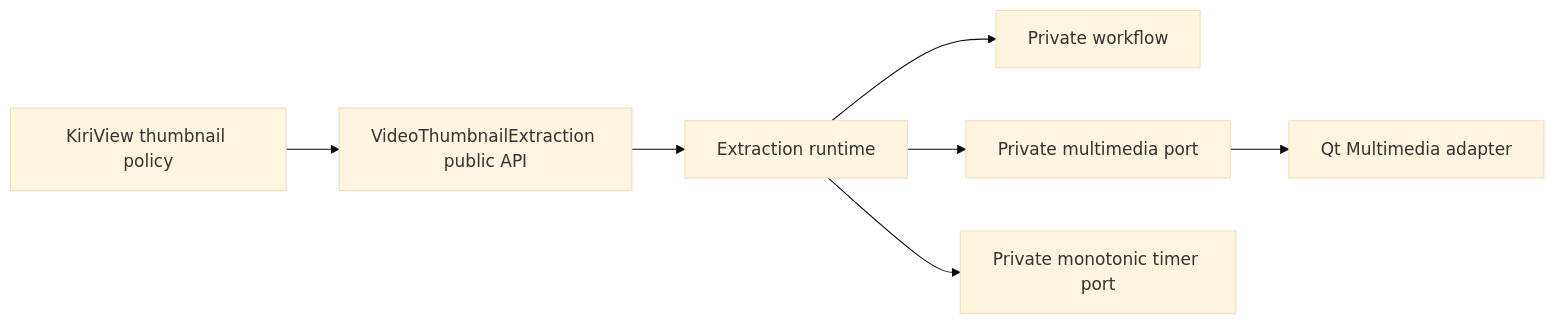
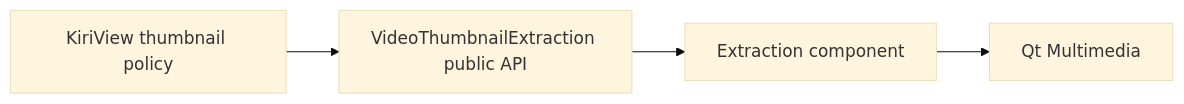
The diagram in libs/video-thumbnail-extraction/docs/architecture/component-boundary.md (hnjae/kiriview), drawn with Mermaid (base theme) before and after one commit. The commit also changed other lines of this file and 5 other files, not shown here.

````diff
--- a/libs/video-thumbnail-extraction/docs/architecture/component-boundary.md
+++ b/libs/video-thumbnail-extraction/docs/architecture/component-boundary.md
@@ -30,9 +29,6 @@
 ```mermaid
 flowchart LR
     KiriView[KiriView thumbnail policy] --> API[VideoThumbnailExtraction public API]
-    API --> Runtime[Extraction runtime]
-    Runtime --> Workflow[Private workflow]
-    Runtime --> Backend[Private multimedia port]
-    Runtime --> Timer[Private monotonic timer port]
-    Backend --> QtMM[Qt Multimedia adapter]
+    API --> Component[Extraction component]
+    Component --> QtMM[Qt Multimedia]
 ```
````
